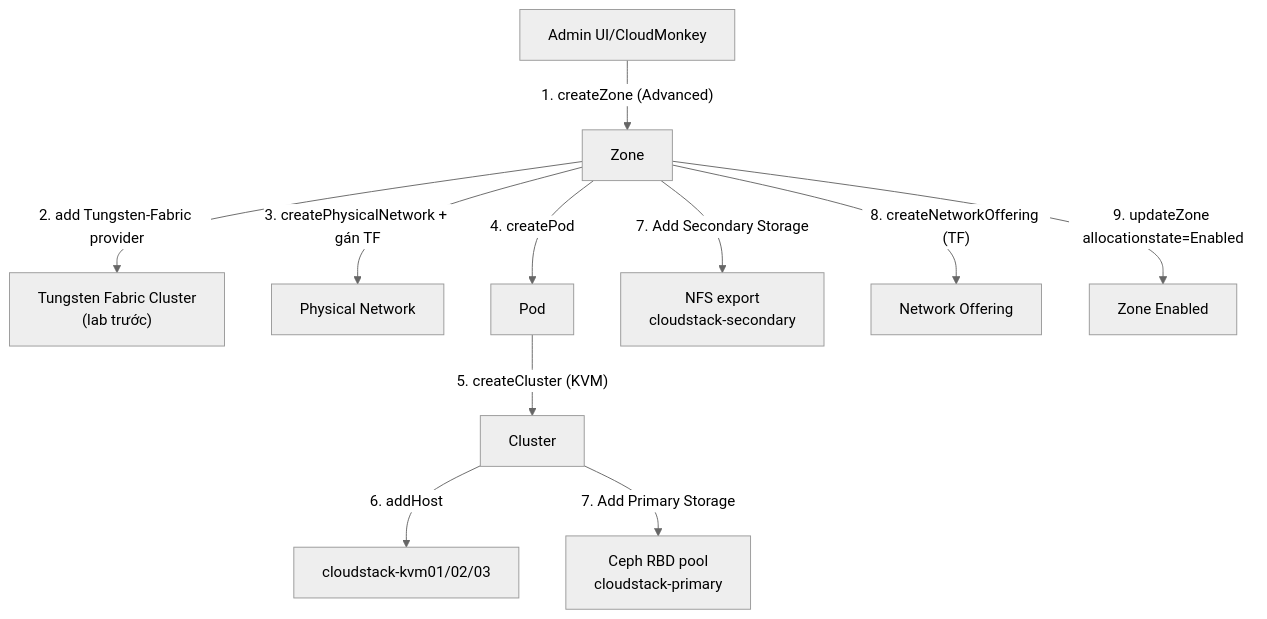
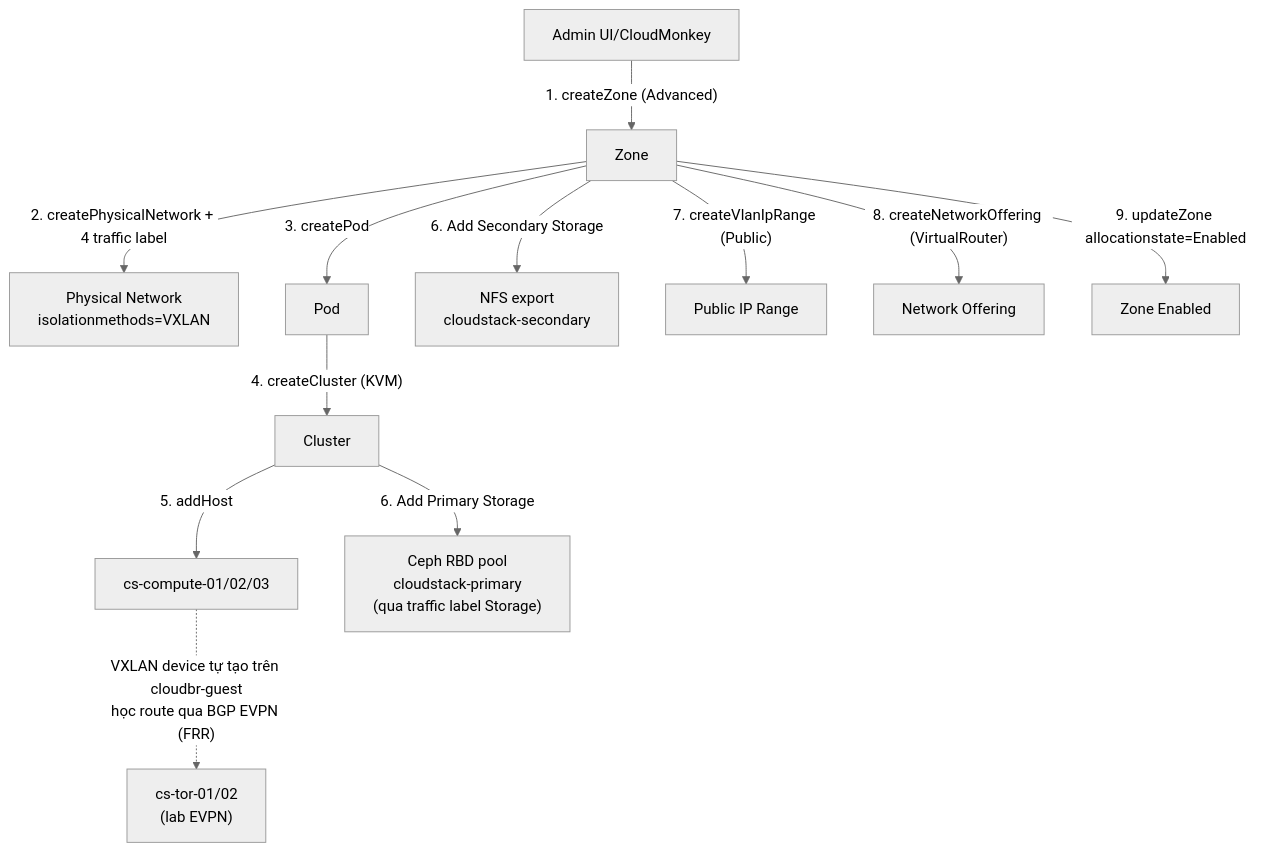
The diagram in Cloud/Cloudstack/lab/CloudStack Advanced Zone - Triển khai Network SDN và Storage.md (Tn9hia/technotes), drawn with Mermaid (neutral theme) before and after one commit. The commit also changed other lines of this file and 41 other files, not shown here.

````diff
--- a/Cloud/Cloudstack/lab/CloudStack Advanced Zone - Triển khai Network SDN và Storage.md
+++ b/Cloud/Cloudstack/lab/CloudStack Advanced Zone - Triển khai Network SDN và Storage.md
@@ -52,13 +61,15 @@
 ```mermaid
 flowchart TD
     Admin[Admin UI/CloudMonkey] -- "1. createZone (Advanced)" --> Zone[Zone]
-    Zone -- "2. add Tungsten-Fabric provider" --> TF["Tungsten Fabric Cluster<br/>(lab trước)"]
-    Zone -- "3. createPhysicalNetwork + gán TF" --> PN[Physical Network]
-    Zone -- "4. createPod" --> Pod[Pod]
-    Pod -- "5. createCluster (KVM)" --> Cluster[Cluster]
-    Cluster -- "6. addHost" --> H1[cloudstack-kvm01/02/03]
-    Cluster -- "7. Add Primary Storage" --> Ceph["Ceph RBD pool<br/>cloudstack-primary"]
-    Zone -- "7. Add Secondary Storage" --> NFS["NFS export<br/>cloudstack-secondary"]
-    Zone -- "8. createNetworkOffering (TF)" --> Offering[Network Offering]
+    Zone -- "2. createPhysicalNetwork + 4 traffic label" --> PN[Physical Network<br/>isolationmethods=VXLAN]
+    Zone -- "3. createPod" --> Pod[Pod]
+    Pod -- "4. createCluster (KVM)" --> Cluster[Cluster]
+    Cluster -- "5. addHost" --> H1[cs-compute-01/02/03]
+    Cluster -- "6. Add Primary Storage" --> Ceph["Ceph RBD pool<br/>cloudstack-primary<br/>(qua traffic label Storage)"]
+    Zone -- "6. Add Secondary Storage" --> NFS["NFS export<br/>cloudstack-secondary"]
+    Zone -- "7. createVlanIpRange (Public)" --> PubRange[Public IP Range]
+    Zone -- "8. createNetworkOffering (VirtualRouter)" --> Offering[Network Offering]
     Zone -- "9. updateZone allocationstate=Enabled" --> Ready[Zone Enabled]
+
+    H1 -. "VXLAN device tự tạo trên cloudbr-guest<br/>học route qua BGP EVPN (FRR)" .-> EVPN["cs-tor-01/02<br/>(lab EVPN)"]
 ```
````
